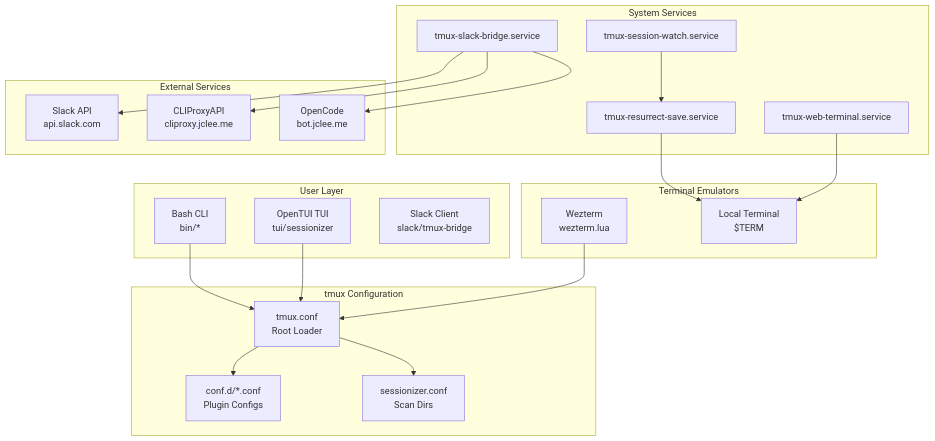
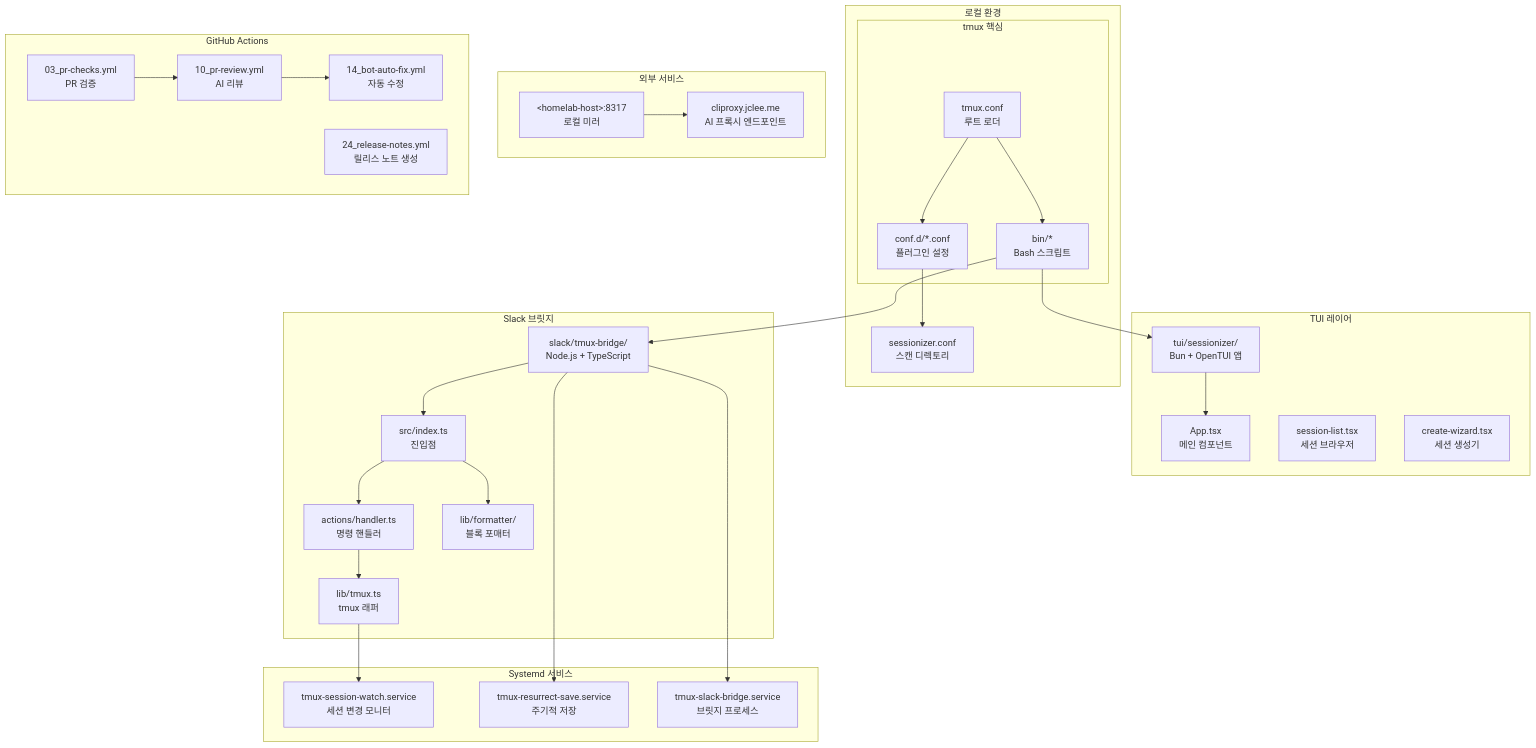
The diagram in README.md (jclee941/tmux), drawn with Mermaid before and after one commit. The commit also changed other lines of this file, not shown here.

Commit message:
docs: auto-update README.md

````diff
--- a/README.md
+++ b/README.md
@@ -98,46 +446,61 @@
 ```mermaid
 flowchart TB
-    subgraph "User Layer"
-        CLI["Bash CLI<br/>bin/*"]
-        TUI["OpenTUI TUI<br/>tui/sessionizer"]
-        Slack["Slack Client<br/>slack/tmux-bridge"]
+    subgraph client_ko["로컬 환경"]
+        subgraph tmux_core_ko["tmux 핵심"]
+            A_ko["tmux.conf<br/>루트 로더"]
+            B_ko["conf.d/*.conf<br/>플러그인 설정"]
+            C_ko["bin/*<br/>Bash 스크립트"]
+        end
+        D_ko["sessionizer.conf<br/>스캔 디렉토리"]
     end
 
-    subgraph "tmux Configuration"
-        TMUX["tmux.conf<br/>Root Loader"]
-        CONF["conf.d/*.conf<br/>Plugin Configs"]
-        SESS["sessionizer.conf<br/>Scan Dirs"]
+    subgraph tui_layer_ko["TUI 레이어"]
+        E_ko["tui/sessionizer/<br/>Bun + OpenTUI 앱"]
+        F_ko["App.tsx<br/>메인 컴포넌트"]
+        G_ko["session-list.tsx<br/>세션 브라우저"]
+        H_ko["create-wizard.tsx<br/>세션 생성기"]
     end
 
-    subgraph "System Services"
-        RESURRECT["tmux-resurrect-save.service"]
-        WATCH["tmux-session-watch.service"]
-        SLACK_SVC["tmux-slack-bridge.service"]
-        WEB["tmux-web-terminal.service"]
+    subgraph slack_layer_ko["Slack 브릿지"]
+        I_ko["slack/tmux-bridge/<br/>Node.js + TypeScript"]
+        J_ko["src/index.ts<br/>진입점"]
+        K_ko["actions/handler.ts<br/>명령 핸들러"]
+        L_ko["lib/formatter/<br/>블록 포매터"]
+        M_ko["lib/tmux.ts<br/>tmux 래퍼"]
     end
 
-    subgraph "External Services"
-        SLACK["Slack API<br/>api.slack.com"]
-        PROXY["CLIProxyAPI<br/>cliproxy.jclee.me"]
-        OPENCODE["OpenCode<br/>bot.jclee.me"]
+    subgraph systemd_services_ko["Systemd 서비스"]
+        N_ko["tmux-session-watch.service<br/>세션 변경 모니터"]
+        O_ko["tmux-resurrect-save.service<br/>주기적 저장"]
+        P_ko["tmux-slack-bridge.service<br/>브릿지 프로세스"]
     end
 
-    subgraph "Terminal Emulators"
-        WEZTERM["Wezterm<br/>wezterm.lua"]
-        LOCAL["Local Terminal<br/>$TERM"]
+    subgraph external_ko["외부 서비스"]
+        Q_ko["&lt;homelab-host&gt;:8317<br/>로컬 미러"]
+        R_ko["cliproxy.jclee.me<br/>AI 프록시 엔드포인트"]
     end
 
-    CLI --> TMUX
-    TUI --> TMUX
-    TMUX --> CONF
-    TMUX --> SESS
+    subgraph workflows_ko["GitHub Actions"]
+        W1_ko["03_pr-checks.yml<br/>PR 검증"]
+        W2_ko["10_pr-review.yml<br/>AI 리뷰"]
+        W3_ko["14_bot-auto-fix.yml<br/>자동 수정"]
+        W4_ko["24_release-notes.yml<br/>릴리스 노트 생성"]
+    end
 
-    SLACK_SVC --> SLACK
-    SLACK_SVC --> PROXY
-    SLACK_SVC --> OPENCODE
-
-    WATCH --> RESURRECT
-    RESURRECT --> LOCAL
-    WEB --> LOCAL
-    WEZTERM --> TMUX
+    A_ko --> B_ko
+    A_ko --> C_ko
+    B_ko --> D_ko
+    C_ko --> E_ko
+    C_ko --> I_ko
+    E_ko --> F_ko
+    I_ko --> J_ko
+    J_ko --> K_ko
+    J_ko --> L_ko
+    K_ko --> M_ko
+    M_ko --> N_ko
+    I_ko --> O_ko
+    I_ko --> P_ko
+    Q_ko --> R_ko
+    W1_ko --> W2_ko
+    W2_ko --> W3_ko
 ```
````
